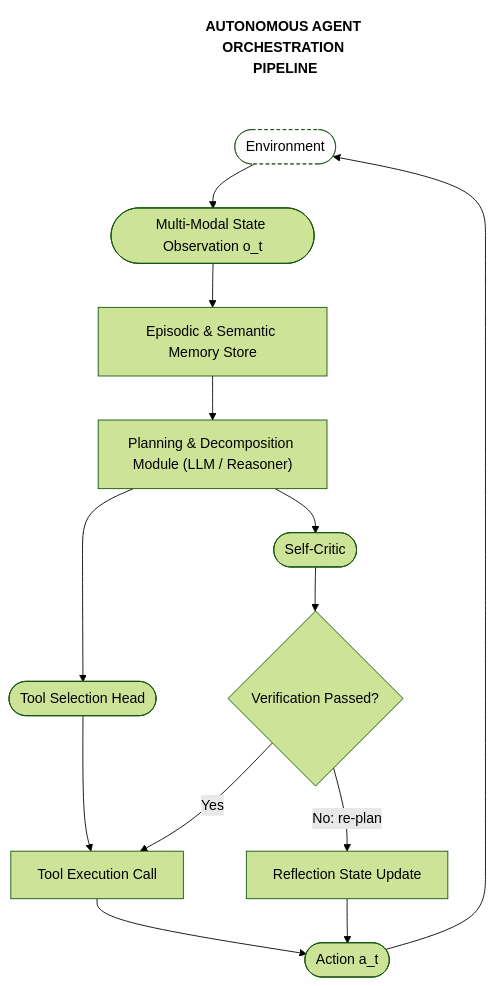
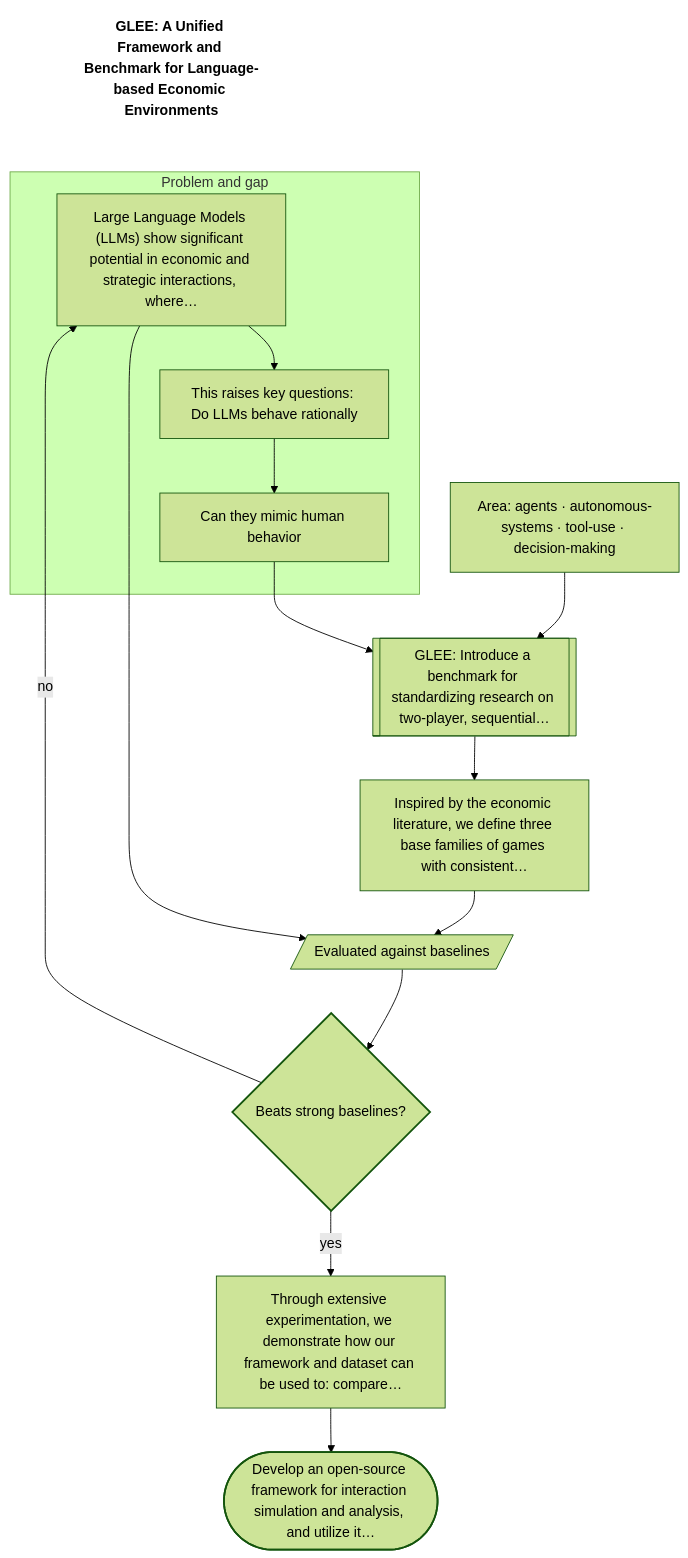
The diagram in src/content/posts/2024/10/2024-10-10-paper-2410.05254-glee-a-unified-framework-and-benchmark-for-language-based-ec.md (SahajIVVIX-1/blogs), drawn with Mermaid (forest theme) before and after one commit. The commit also changed 2157 other files, not shown here.

Commit message:
content: papers and AI updates through 27 Nov (118 AI posts), per-post Mermaid diagrams (papers, AI, study phases 1-7)

````diff
--- a/src/content/posts/2024/10/2024-10-10-paper-2410.05254-glee-a-unified-framework-and-benchmark-for-language-based-ec.md
+++ b/src/content/posts/2024/10/2024-10-10-paper-2410.05254-glee-a-unified-framework-and-benchmark-for-language-based-ec.md
@@ -74,19 +74,34 @@
 ```mermaid
 flowchart TD
-    T(["AUTONOMOUS AGENT ORCHESTRATION PIPELINE"]):::title
-    ENV(["Environment"]):::io --> OBS(["Multi-Modal State Observation o_t"])
-    OBS --> MEM["Episodic #amp; Semantic Memory Store"]
-    MEM --> PLAN["Planning #amp; Decomposition Module (LLM / Reasoner)"]
-    PLAN --> SEL(["Tool Selection Head"])
-    PLAN --> CRIT(["Self-Critic"])
-    SEL --> EXE["Tool Execution Call"]
-    CRIT --> VER{"Verification Passed?"}
-    VER -- Yes --> EXE
-    VER -- "No: re-plan" --> REF["Reflection State Update"]
-    EXE --> ACT(["Action a_t"])
-    REF --> ACT
-    ACT --> ENV
-    T ~~~ ENV
+    T(["GLEE: A Unified Framework and Benchmark for Language-based Economic Environments"]):::title
+    n4[["GLEE: Introduce a benchmark for standardizing research on two-player, sequential…"]]
+    n5["Inspired by the economic literature, we define three base families of games with consistent…"]
+    n6[/"Evaluated against baselines"/]
+    n7{"Beats strong baselines?"}
+    n8["Through extensive experimentation, we demonstrate how our framework and dataset can be used to: compare…"]
+    n9(["Develop an open-source framework for interaction simulation and analysis, and utilize it…"])
+    n10["Area: agents · autonomous-systems · tool-use · decision-making"]
+    subgraph G0["Problem and gap"]
+        n1["Large Language Models (LLMs) show significant potential in economic and strategic interactions, where…"]
+        n2["This raises key questions: Do LLMs behave rationally"]
+        n3["Can they mimic human behavior"]
+    end
+    T ~~~ n1
+    n1 --> n2
+    n2 --> n3
+    n4 --> n5
+    n3 --> n4
+    n5 --> n6
+    n1 --> n6
+    n6 --> n7
+    n7 -- "yes" --> n8
+    n7 -- "no" --> n1
+    n8 --> n9
+    n10 --> n4
+    class n7 dec
+    class n9 term
     classDef title fill:transparent,stroke:transparent,font-weight:700;
-    classDef io fill:transparent,stroke-dasharray:4 3;
+    classDef term stroke-width:2px;
+    classDef store stroke-dasharray:4 3;
+    classDef dec stroke-width:2px;
 ```
````
